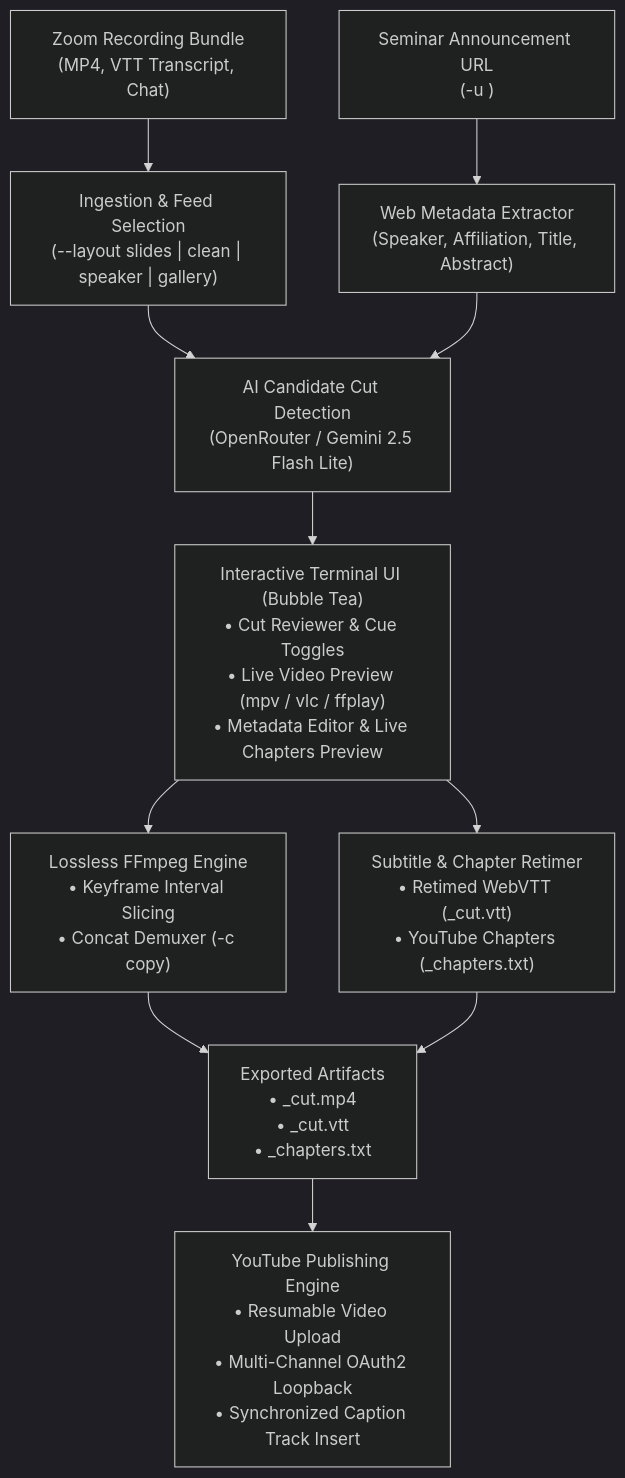
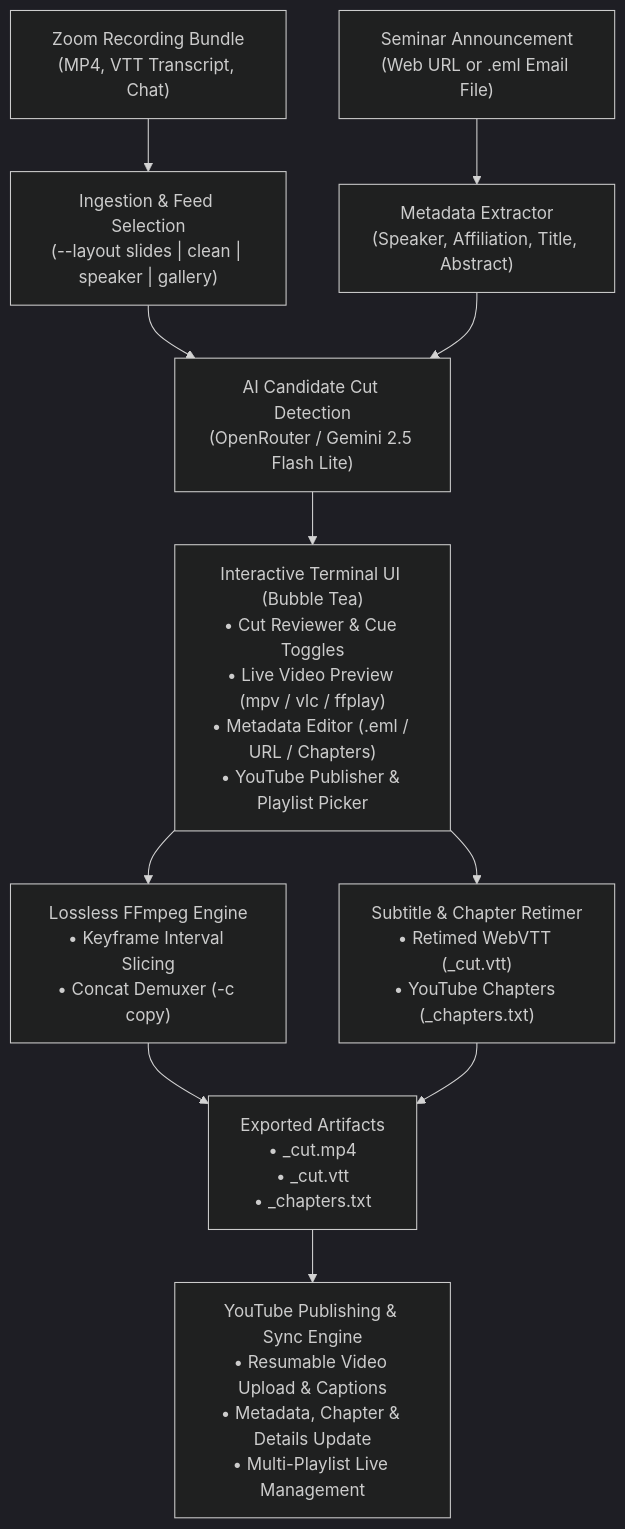
One commit to sarielhp/talk_cut changed the diagram in README.md. Above: the diagram before and after it, drawn with Mermaid (dark theme). The commit also changed other lines of this file and 34 other files, not shown here.

Commit message:
feat: add EML ingestion, YouTube details update, and playlist management

````diff
--- a/README.md
+++ b/README.md
@@ -17,13 +17,13 @@
 ```mermaid
 flowchart TD
     A["Zoom Recording Bundle\n(MP4, VTT Transcript, Chat)"] --> B["Ingestion & Feed Selection\n(--layout slides | clean | speaker | gallery)"]
-    U["Seminar Announcement URL\n(-u <url>)"] --> M["Web Metadata Extractor\n(Speaker, Affiliation, Title, Abstract)"]
+    U["Seminar Announcement\n(Web URL or .eml Email File)"] --> M["Metadata Extractor\n(Speaker, Affiliation, Title, Abstract)"]
     B --> C["AI Candidate Cut Detection\n(OpenRouter / Gemini 2.5 Flash Lite)"]
     M --> C
-    C --> D["Interactive Terminal UI (Bubble Tea)\n• Cut Reviewer & Cue Toggles\n• Live Video Preview (mpv / vlc / ffplay)\n• Metadata Editor & Live Chapters Preview"]
+    C --> D["Interactive Terminal UI (Bubble Tea)\n• Cut Reviewer & Cue Toggles\n• Live Video Preview (mpv / vlc / ffplay)\n• Metadata Editor (.eml / URL / Chapters)\n• YouTube Publisher & Playlist Picker"]
     D --> E["Lossless FFmpeg Engine\n• Keyframe Interval Slicing\n• Concat Demuxer (-c copy)"]
     D --> F["Subtitle & Chapter Retimer\n• Retimed WebVTT (_cut.vtt)\n• YouTube Chapters (_chapters.txt)"]
     E --> G["Exported Artifacts\n• <talk>_cut.mp4\n• <talk>_cut.vtt\n• <talk>_chapters.txt"]
     F --> G
-    G --> H["YouTube Publishing Engine\n• Resumable Video Upload\n• Multi-Channel OAuth2 Loopback\n• Synchronized Caption Track Insert"]
+    G --> H["YouTube Publishing & Sync Engine\n• Resumable Video Upload & Captions\n• Metadata, Chapter & Details Update\n• Multi-Playlist Live Management"]
 ```
````
